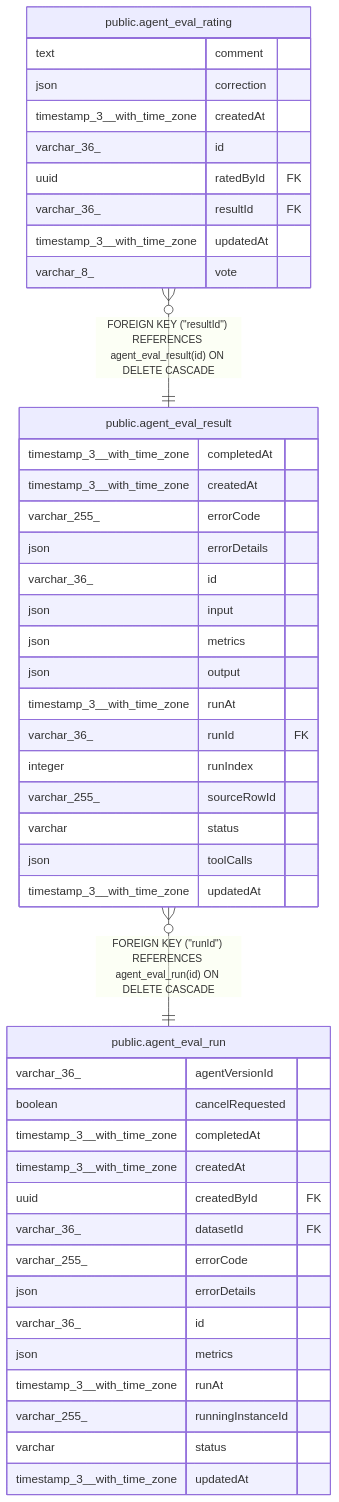
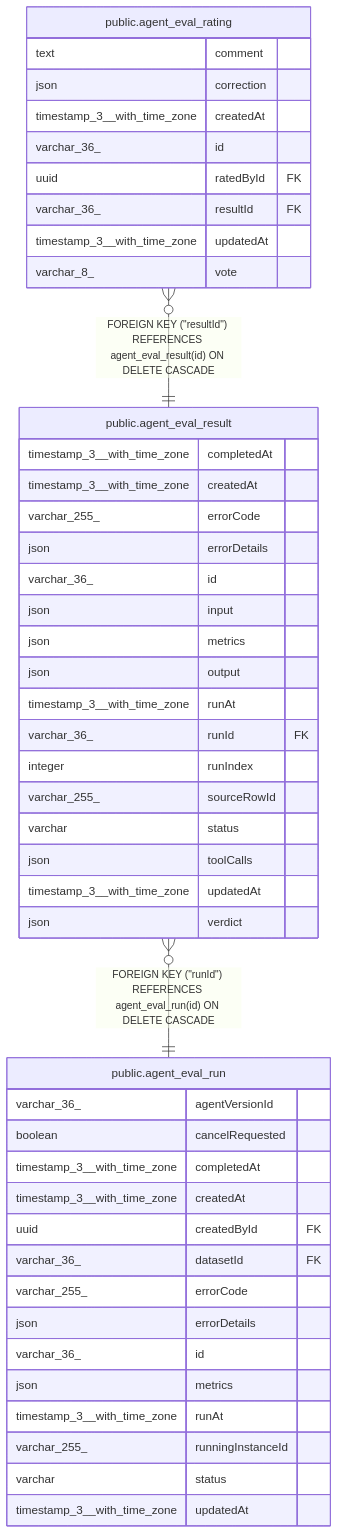
Before and after one commit to sreent/n8n: the diagram in docs/generated/postgres-schema/public.agent_eval_result.md, drawn with Mermaid. The commit also changed other lines of this file and 7993 other files, not shown here.

````diff
--- a/docs/generated/postgres-schema/public.agent_eval_result.md
+++ b/docs/generated/postgres-schema/public.agent_eval_result.md
@@ -45,50 +46,51 @@
 ```mermaid
 erDiagram
 
 "public.agent_eval_rating" }o--|| "public.agent_eval_result" : "FOREIGN KEY (#quot;resultId#quot;) REFERENCES agent_eval_result(id) ON DELETE CASCADE"
 "public.agent_eval_result" }o--|| "public.agent_eval_run" : "FOREIGN KEY (#quot;runId#quot;) REFERENCES agent_eval_run(id) ON DELETE CASCADE"
 
 "public.agent_eval_result" {
   timestamp_3__with_time_zone completedAt
   timestamp_3__with_time_zone createdAt
   varchar_255_ errorCode
   json errorDetails
   varchar_36_ id
   json input
   json metrics
   json output
   timestamp_3__with_time_zone runAt
   varchar_36_ runId FK
   integer runIndex
   varchar_255_ sourceRowId
   varchar status
   json toolCalls
   timestamp_3__with_time_zone updatedAt
+  json verdict
 }
 "public.agent_eval_rating" {
   text comment
   json correction
   timestamp_3__with_time_zone createdAt
   varchar_36_ id
   uuid ratedById FK
   varchar_36_ resultId FK
   timestamp_3__with_time_zone updatedAt
   varchar_8_ vote
 }
 "public.agent_eval_run" {
   varchar_36_ agentVersionId
   boolean cancelRequested
   timestamp_3__with_time_zone completedAt
   timestamp_3__with_time_zone createdAt
   uuid createdById FK
   varchar_36_ datasetId FK
   varchar_255_ errorCode
   json errorDetails
   varchar_36_ id
   json metrics
   timestamp_3__with_time_zone runAt
   varchar_255_ runningInstanceId
   varchar status
   timestamp_3__with_time_zone updatedAt
 }
 ```
````
